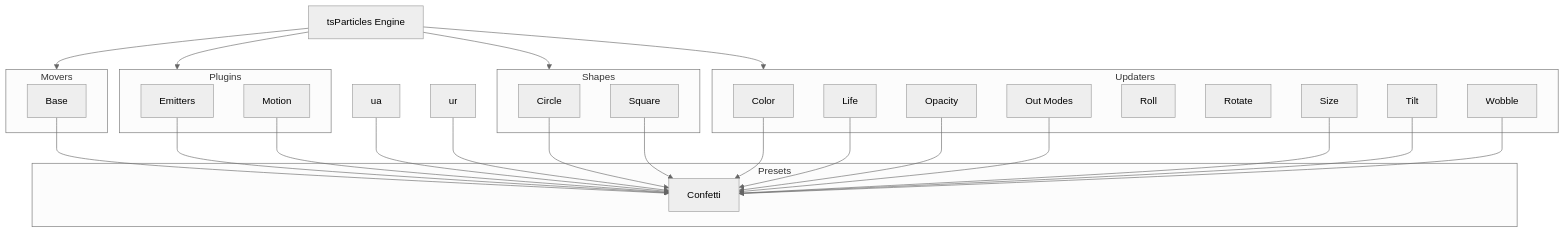
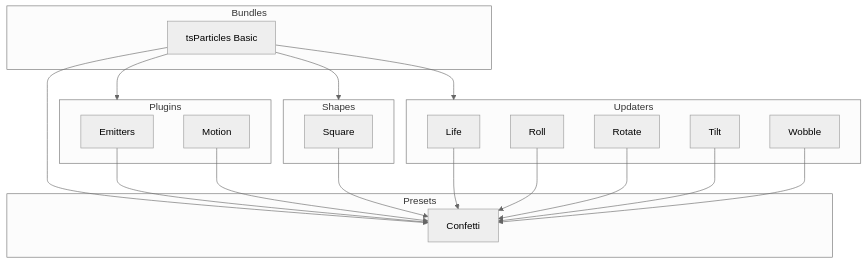
One commit to tsparticles/presets changed the diagram in presets/confetti/README.md. Above: the diagram before and after it, drawn with Mermaid (neutral theme). The commit also changed 35 other files, not shown here.

Commit message:
feat: added squares preset build: updated all mermaid charts

````diff
--- a/presets/confetti/README.md
+++ b/presets/confetti/README.md
@@ -329,43 +329,36 @@
 ```mermaid
 flowchart TD
 
-subgraph m [Movers]
-mb[Base]
+subgraph b [Bundles]
+bb[tsParticles Basic]
 end
-
-e[tsParticles Engine] --> m
 
 subgraph pl [Plugins]
 ple[Emitters]
 plm[Motion]
 end
 
-e --> pl
+bb --> pl
 
 subgraph s [Shapes]
-sc[Circle]
 ssq[Square]
 end
 
-e --> s
+bb --> s
 
 subgraph u [Updaters]
-uc[Color]
 ul[Life]
-uop[Opacity]
-uou[Out Modes]
 urol[Roll]
 urot[Rotate]
-usi[Size]
 uti[Tilt]
 uw[Wobble]
 end
 
-e --> u
+bb --> u
 
 subgraph pr [Presets]
 prc[Confetti]
 end
 
-mb & ple & plm & sc & ssq & ua & uc & ul & uop & uou & ur & usi & uti & uw --> prc
+bb & ple & plm & ssq & ul & urol & urot & uti & uw --> prc
 ```
````
